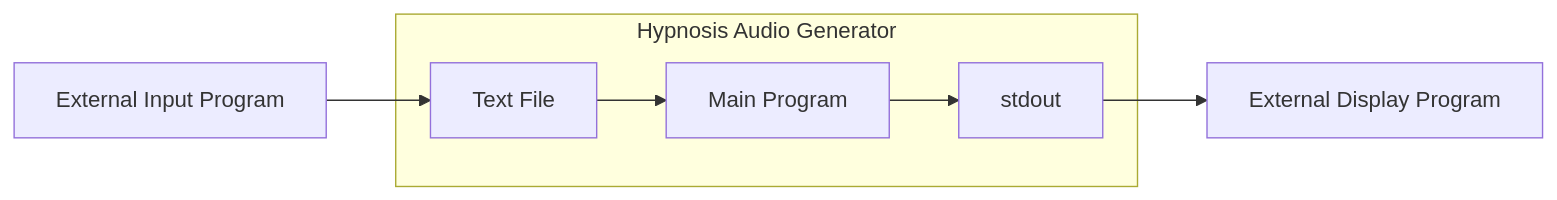
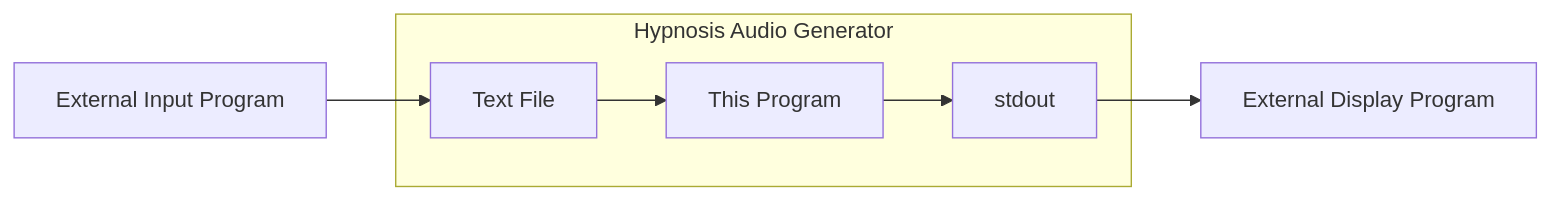
The diagram in README.md (s10boi/dynamic_hypno_generator), drawn with Mermaid before and after one commit. The commit also changed other lines of this file, not shown here.

````diff
--- a/README.md
+++ b/README.md
@@ -158,11 +159,11 @@
 ```mermaid
 flowchart LR
     A[External Input Program] --> B[Text File]
 
     subgraph "Hypnosis Audio Generator"
-        B --> C[Main Program]
+        B --> C[This Program]
         C --> D[stdout]
     end
 
     D --> E[External Display Program]
 ```
````
